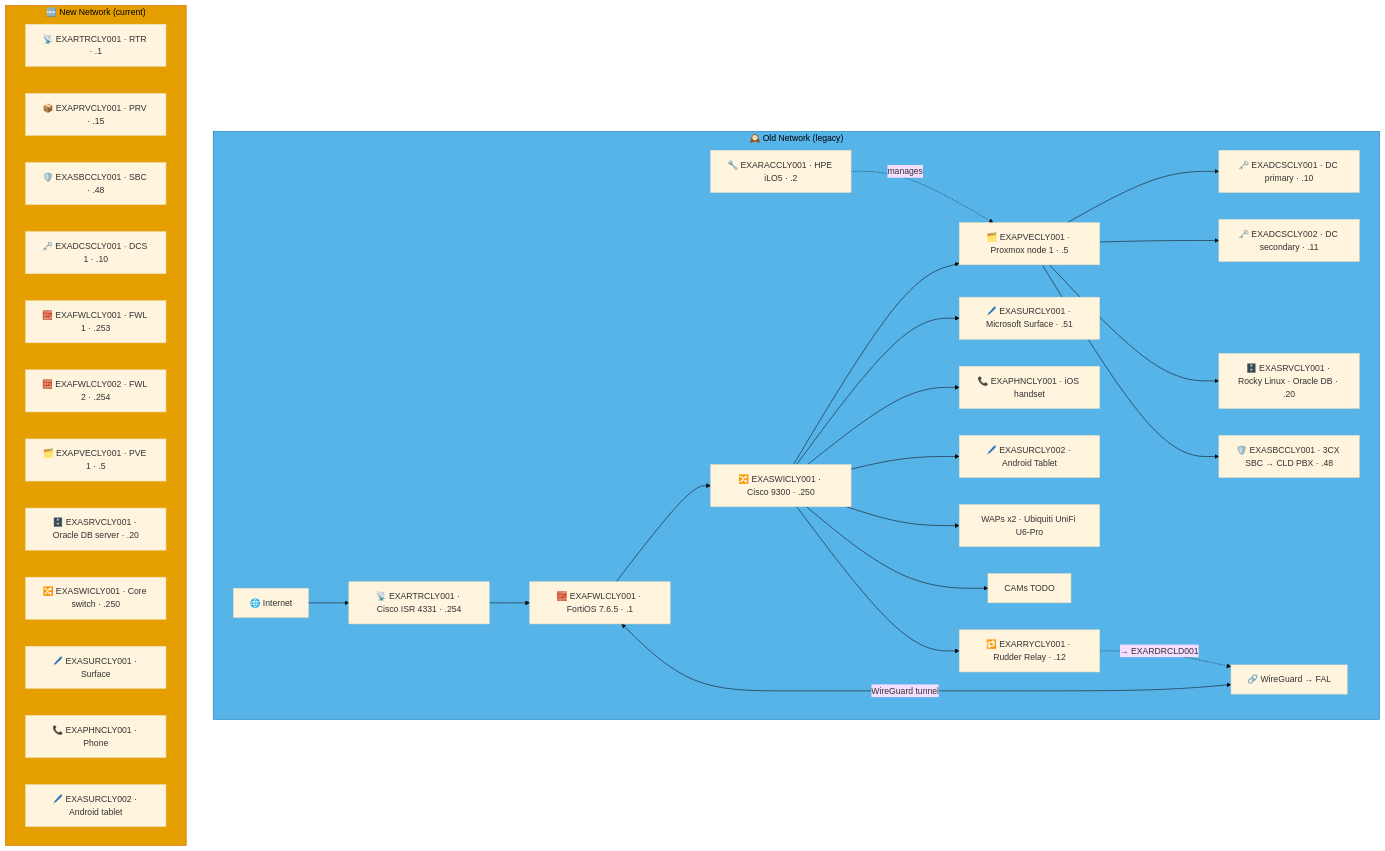
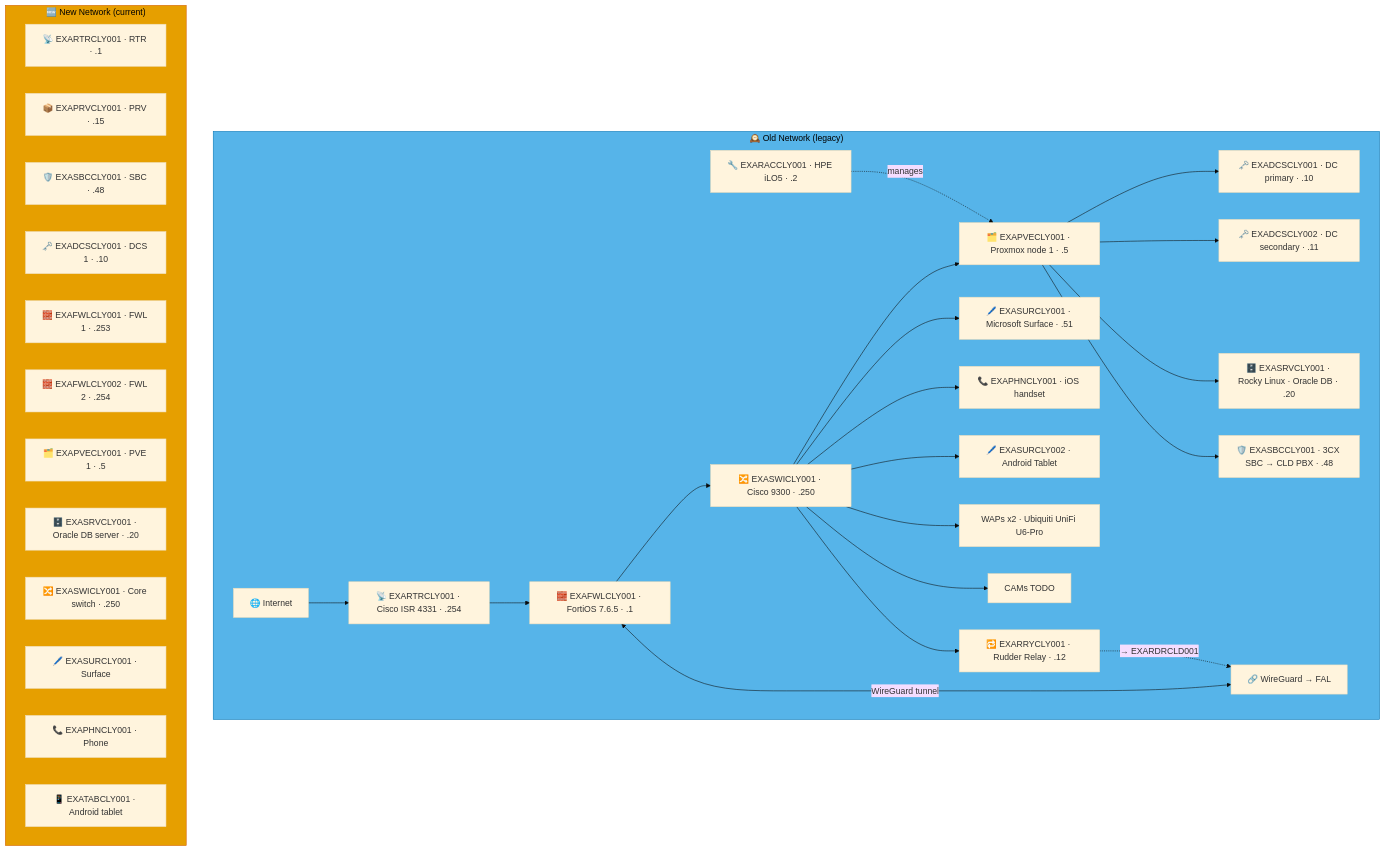
One commit to knightmare2600/example_music_infra changed the fourth of 7 diagrams in docs/network-diagram/scotland.md. Above: the diagram before and after it, drawn with Mermaid (base theme). The commit also changed other lines of this file and 12 other files, not shown here.

````diff
--- a/docs/network-diagram/scotland.md
+++ b/docs/network-diagram/scotland.md
@@ -291,49 +292,49 @@
 ```mermaid
 graph TD
     subgraph OLD_CLY ["🕰️ Old Network (legacy)"]
       INET["🌐 Internet"]
       FWL["🧱 EXAFWLCLY001 · FortiOS 7.6.5 · .1"]
       RTR["📡 EXARTRCLY001 · Cisco ISR 4331 · .254"]
       SW["🔀 EXASWICLY001 · Cisco 9300 · .250"]
       RAC["🔧 EXARACCLY001 · HPE iLO5 · .2"]
       PVE["🗂️ EXAPVECLY001 · Proxmox node 1 · .5"]
       DC1["🗝️ EXADCSCLY001 · DC primary · .10"]
       DC2["🗝️ EXADCSCLY002 · DC secondary · .11"]
       SRV["🗄️ EXASRVCLY001 · Rocky Linux · Oracle DB · .20"]
       SBC["🛡️ EXASBCCLY001 · 3CX SBC → CLD PBX · .48"]
       RRY["🔁 EXARRYCLY001 · Rudder Relay · .12"]
       SUR["🖊️ EXASURCLY001 · Microsoft Surface · .51"]
       PHN["📞 EXAPHNCLY001 · iOS handset"]
       TAB["🖊️ EXASURCLY002 · Android Tablet"]
       WAP["WAPs x2 · Ubiquiti UniFi U6-Pro"]
       CAM["CAMs TODO"]
       VPN["🔗 WireGuard → FAL"]
 
       INET --> RTR --> FWL --> SW
       SW --> PVE --> DC1 & DC2 & SRV & SBC
       RAC -.->|"manages"| PVE
       SW --> SUR & PHN & TAB & WAP & CAM
       FWL <-->|"WireGuard tunnel"| VPN
 
       SW --> RRY
       RRY -. "→ EXARDRCLD001" .-> VPN
     end
     style OLD_CLY fill:#56B4E9,stroke:#0072B2,color:#000000
     %% GENERATED:NEW-NETWORK:CLY:START
     subgraph NEW_CLY ["🆕 New Network (current)"]
       N_RTR["📡 EXARTRCLY001 · RTR · .1"]
       N_PRV["📦 EXAPRVCLY001 · PRV · .15"]
       N_SBC["🛡️ EXASBCCLY001 · SBC · .48"]
       N_DCS["🗝️ EXADCSCLY001 · DCS 1 · .10"]
       N_FWL["🧱 EXAFWLCLY001 · FWL 1 · .253"]
       N_FWL2["🧱 EXAFWLCLY002 · FWL 2 · .254"]
       N_PVE["🗂️ EXAPVECLY001 · PVE 1 · .5"]
       N_SRV["🗄️ EXASRVCLY001 · Oracle DB server · .20"]
       N_SWI["🔀 EXASWICLY001 · Core switch · .250"]
       N_SUR["🖊️ EXASURCLY001 · Surface"]
       N_PHN["📞 EXAPHNCLY001 · Phone"]
-      N_SUR2["🖊️ EXASURCLY002 · Android tablet"]
+      N_TAB["📱 EXATABCLY001 · Android tablet"]
     end
     style NEW_CLY fill:#E69F00,stroke:#D55E00,color:#000000
     %% GENERATED:NEW-NETWORK:CLY:END
 ```
````
